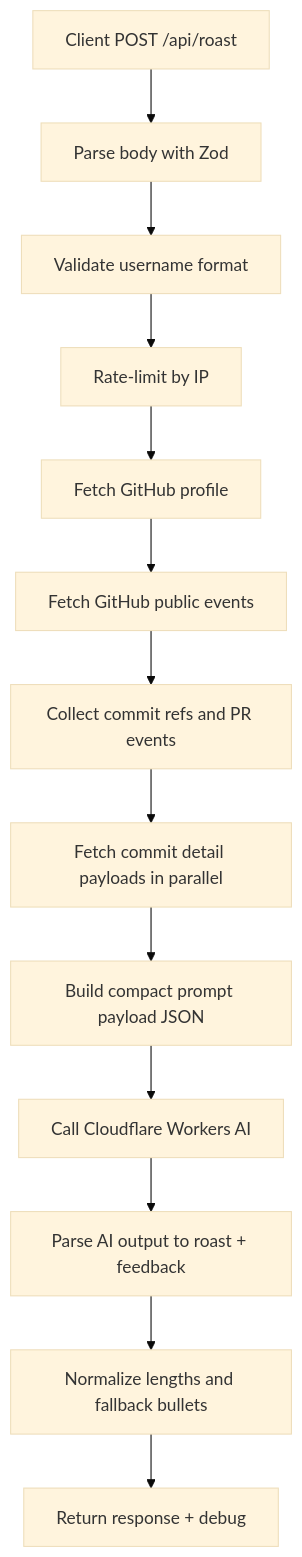
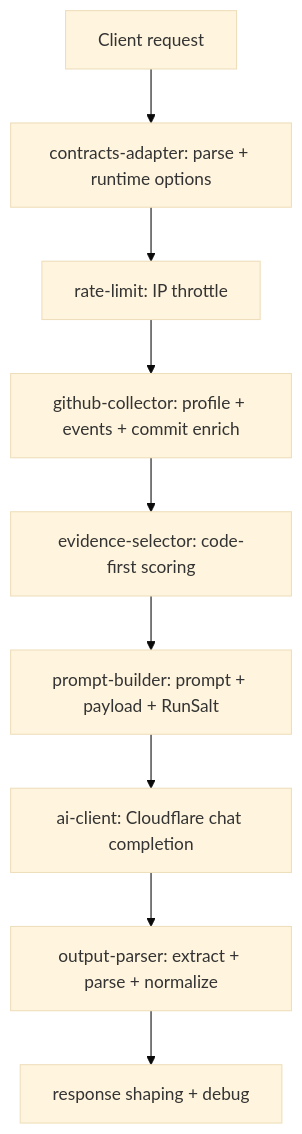
Before and after one commit to lafllamme/grill-me: the diagram in docs/roast/api.md, drawn with Mermaid (base theme). The commit also changed other lines of this file and 29 other files, not shown here.

Commit message:
feat: modularize roast streaming client and refresh API docs

````diff
--- a/docs/roast/api.md
+++ b/docs/roast/api.md
@@ -119,15 +185,11 @@
 ```mermaid
 flowchart TD
-  A[Client POST /api/roast] --> B[Parse body with Zod]
-  B --> C[Validate username format]
-  C --> D[Rate-limit by IP]
-  D --> E[Fetch GitHub profile]
-  E --> F[Fetch GitHub public events]
-  F --> G[Collect commit refs and PR events]
-  G --> H[Fetch commit detail payloads in parallel]
-  H --> I[Build compact prompt payload JSON]
-  I --> J[Call Cloudflare Workers AI]
-  J --> K[Parse AI output to roast + feedback]
-  K --> L[Normalize lengths and fallback bullets]
-  L --> M[Return response + debug]
+  A["Client request"] --> B["contracts-adapter: parse + runtime options"]
+  B --> C["rate-limit: IP throttle"]
+  C --> D["github-collector: profile + events + commit enrich"]
+  D --> E["evidence-selector: code-first scoring"]
+  E --> F["prompt-builder: prompt + payload + RunSalt"]
+  F --> G["ai-client: Cloudflare chat completion"]
+  G --> H["output-parser: extract + parse + normalize"]
+  H --> I["response shaping + debug"]
 ```
````
